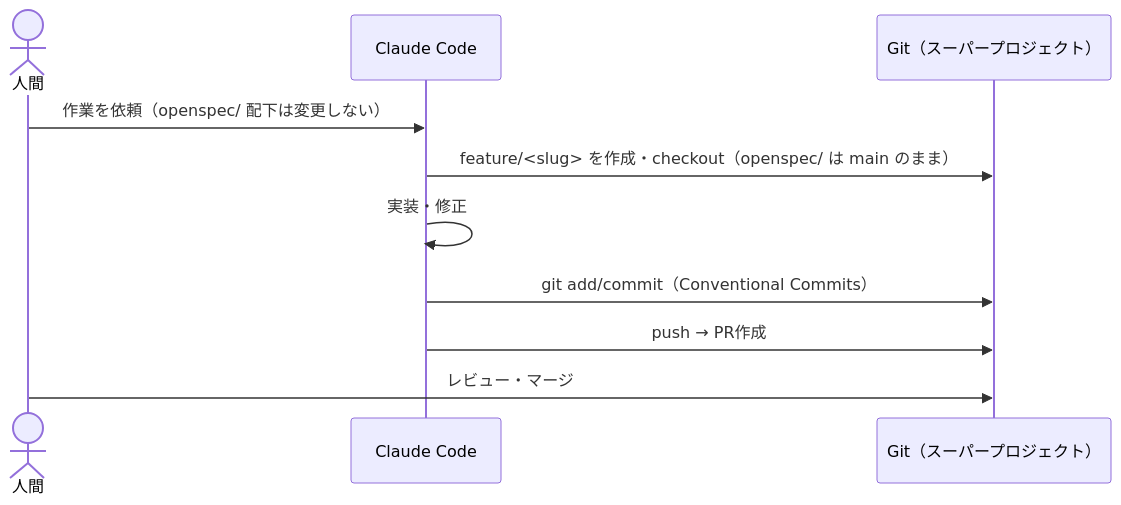
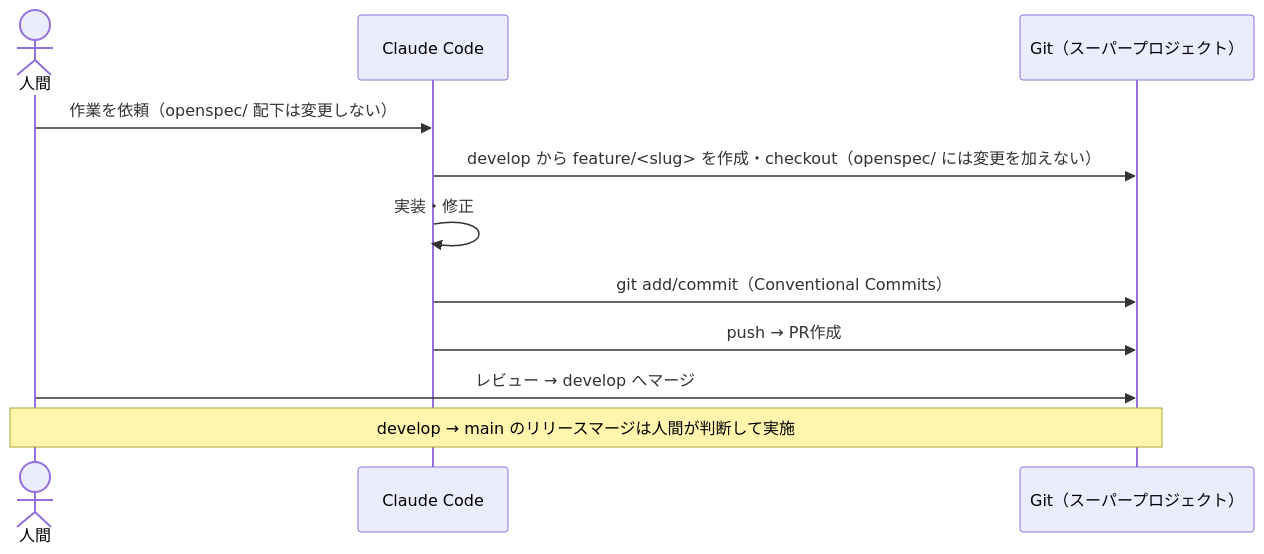
Before and after one commit to naokidotdev/poc-openspec-superpowers: the second of 2 diagrams in README.md, drawn with Mermaid. The commit also changed other lines of this file and 2 other files, not shown here.

First line of the commit message:
docs: adopt main/develop/feature branch model

````diff
--- a/README.md
+++ b/README.md
@@ -55,13 +57,15 @@
 ```mermaid
 sequenceDiagram
     actor 人間
     participant Agent as Claude Code
     participant GitSuper as Git（スーパープロジェクト）
 
     人間->>Agent: 作業を依頼（openspec/ 配下は変更しない）
-    Agent->>GitSuper: feature/<slug> を作成・checkout（openspec/ は main のまま）
+    Agent->>GitSuper: develop から feature/<slug> を作成・checkout（openspec/ には変更を加えない）
     Agent->>Agent: 実装・修正
     Agent->>GitSuper: git add/commit（Conventional Commits）
     Agent->>GitSuper: push → PR作成
-    人間->>GitSuper: レビュー・マージ
+    人間->>GitSuper: レビュー → develop へマージ
+
+    Note over 人間,GitSuper: develop → main のリリースマージは人間が判断して実施
 ```
````
